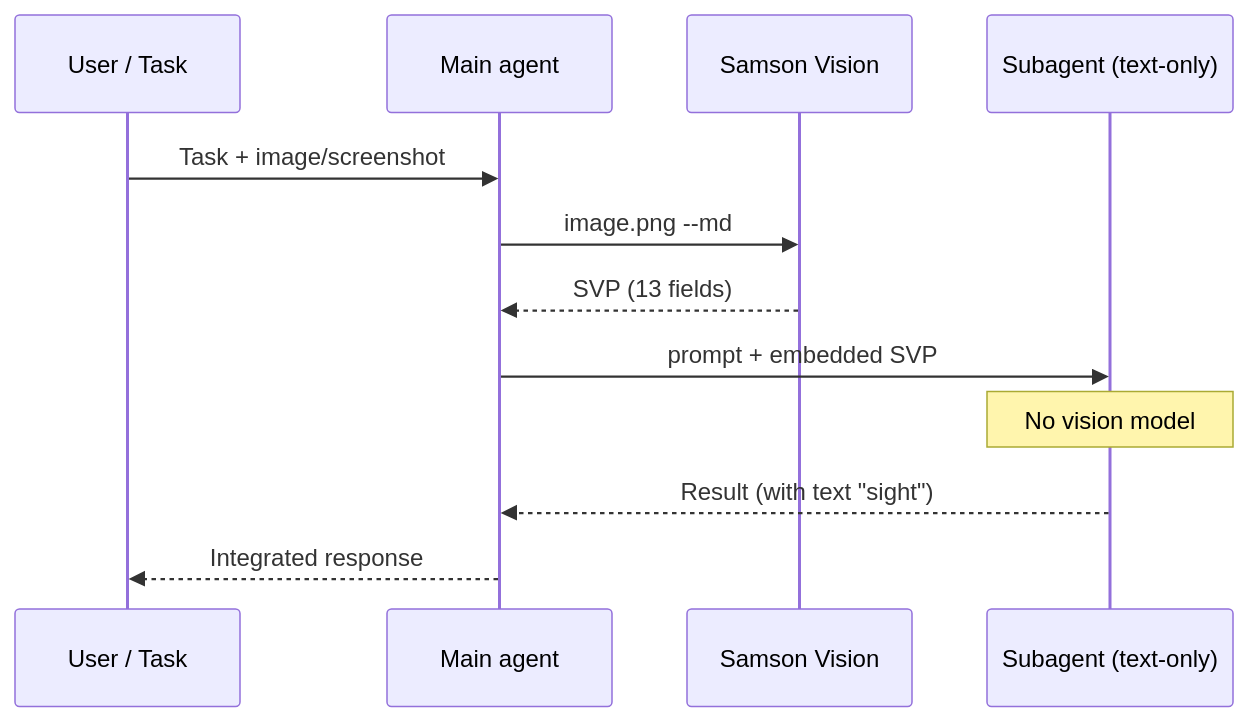
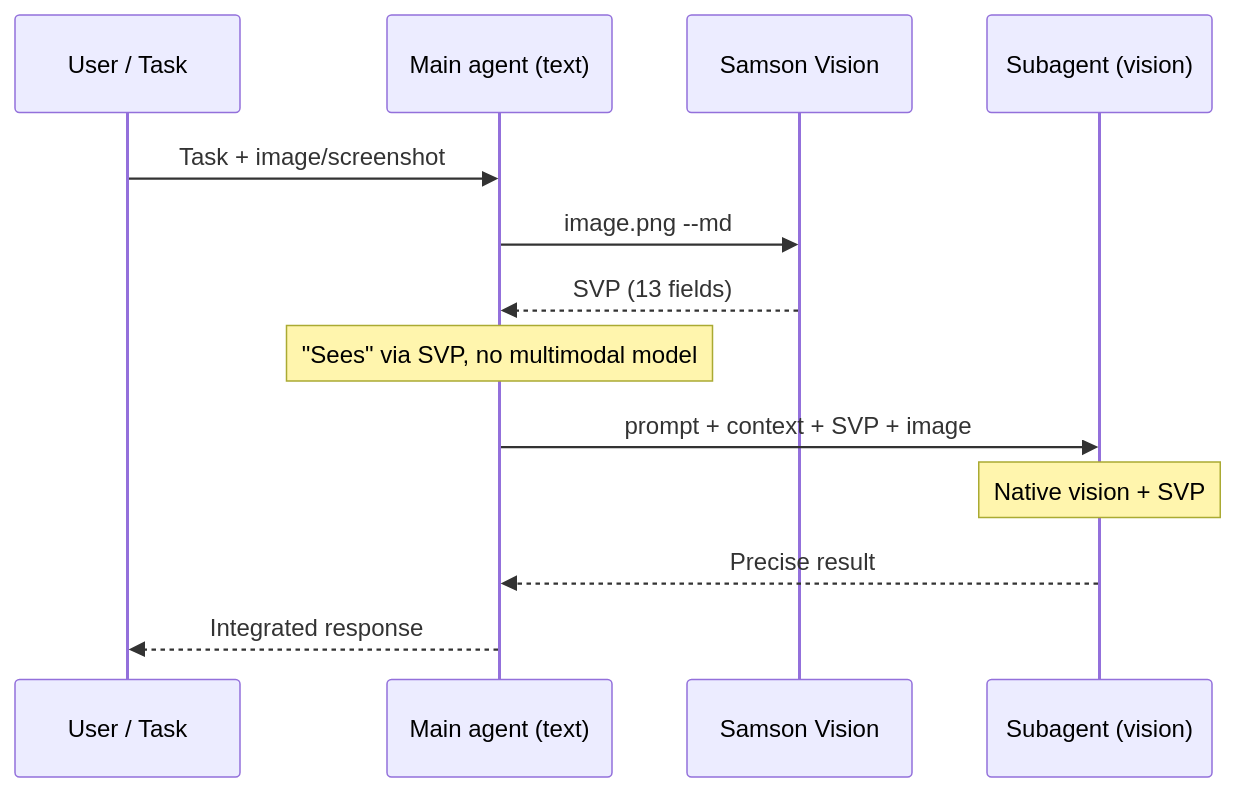
The diagram in PUBLIC/README.md (TonyRiera/samson-vision), drawn with Mermaid before and after one commit. The commit also changed other lines of this file and 6 other files, not shown here.

````diff
--- a/PUBLIC/README.md
+++ b/PUBLIC/README.md
@@ -42,15 +48,16 @@
 ```mermaid
 sequenceDiagram
     participant U as User / Task
-    participant M as Main agent
+    participant M as Main agent (text)
     participant SV as Samson Vision
-    participant S as Subagent (text-only)
+    participant S as Subagent (vision)
 
     U->>M: Task + image/screenshot
     M->>SV: image.png --md
     SV-->>M: SVP (13 fields)
-    M->>S: prompt + embedded SVP
-    Note over S: No vision model
-    S-->>M: Result (with text "sight")
+    Note over M: "Sees" via SVP, no multimodal model
+    M->>S: prompt + context + SVP + image
+    Note over S: Native vision + SVP
+    S-->>M: Precise result
     M-->>U: Integrated response
 ```
````
